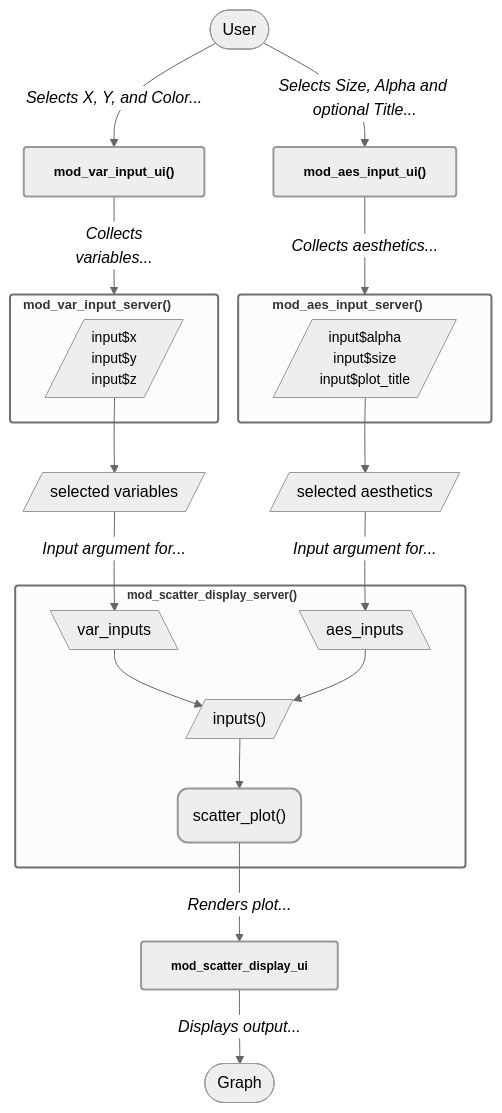
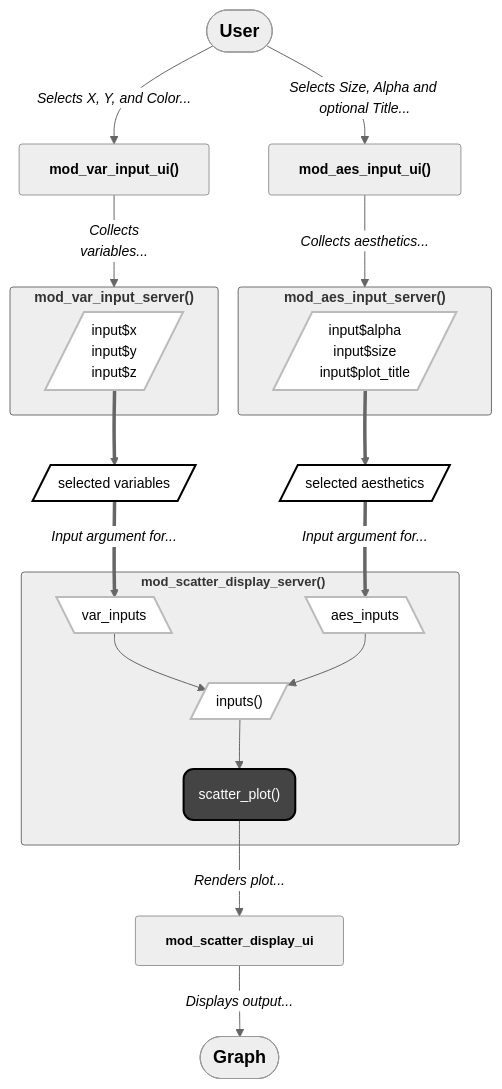
Before and after one commit to mjfrigaard/shiny-app-pkgs: the second of 2 diagrams in debug_apps.qmd, drawn with Mermaid. The commit also changed 70 other files, not shown here.

````diff
--- a/debug_apps.qmd
+++ b/debug_apps.qmd
@@ -418,50 +418,62 @@
 ```{mermaid}
 %%| fig-align: center
 %%| fig-cap: 'Variable and aesthetic input modules'
-%%{init: {'theme': 'neutral', 'themeVariables': { 'fontFamily': 'monospace', "fontSize":"16px"}}}%%
+%%{init: {'theme': 'neutral', 'themeVariables': { 'fontFamily': 'monospace', "fontSize":"14px"}}}%%
 flowchart TD
-    User(["User"])
+    User(["<strong>User</strong>"])
     mod_var_input_ui["<strong>mod_var_input_ui()</strong>"]
     mod_aes_input_ui["<strong>mod_aes_input_ui()</strong>"]
     mod_scatter_display_ui["<strong>mod_scatter_display_ui</strong>"] 
     
     subgraph mod_scatter_display_server["<strong>mod_scatter_display_server()</strong>"]
         var_inputs[\"var_inputs"\]
         aes_inputs[\"aes_inputs"\]
         inputs[/"inputs()"/]
         scatter_plot("scatter_plot()")
     end
     
     subgraph mod_var_input_server["<strong>mod_var_input_server()</strong>"]
         VarReactives[/"input$x<br>input$y<br>input$z"/]
     end
     subgraph mod_aes_input_server["<strong>mod_aes_input_server()</strong>"]
         AesReactives[/"input$alpha<br>input$size<br>input$plot_title"/]
     end
 
     selected_vars[/"selected variables"/]
     selected_aes[/"selected aesthetics"/]
     
     User --> |"<em>Selects X, Y, and Color...</em>"|mod_var_input_ui
     User --> |"<em>Selects Size, Alpha and optional Title...</em>"|mod_aes_input_ui
     mod_var_input_ui --> |"<em>Collects<br>variables...</em>"|mod_var_input_server
     mod_aes_input_ui --> |"<em>Collects aesthetics...</em>"|mod_aes_input_server
-    VarReactives --> selected_vars
-    AesReactives --> selected_aes
-    selected_vars -->|"<em>Input argument for...</em>"|var_inputs
-    selected_aes -->|"<em>Input argument for...</em>"|aes_inputs
+    VarReactives ==> selected_vars
+    AesReactives ==> selected_aes
+    selected_vars ==>|"<em>Input argument for...</em>"|var_inputs
+    selected_aes ==>|"<em>Input argument for...</em>"|aes_inputs
     var_inputs & aes_inputs --> inputs --> scatter_plot
     scatter_plot -->|"<em>Renders plot...</em>"|mod_scatter_display_ui
-    mod_scatter_display_ui -->|"<em>Displays output...</em>"|Display(["Graph"])
+    mod_scatter_display_ui -->|"<em>Displays output...</em>"|Display(["<strong>Graph</strong>"])
     
-    style mod_scatter_display_ui font-size:12px,stroke-width:2px,rx:3,ry:3
-    style mod_scatter_display_server font-size:12px,stroke-width:2px,rx:3,ry:3
-    style mod_var_input_server font-size:13px,stroke-width:2px,rx:3,ry:3
-    style mod_var_input_ui font-size:13px,stroke-width:2px,rx:3,ry:3
-    style mod_aes_input_server font-size:13px,stroke-width:2px,rx:3,ry:3
-    style mod_aes_input_ui font-size:13px,stroke-width:2px,rx:3,ry:3
-    style scatter_plot stroke-width:2px,rx:10,ry:10
+    style User font-size:18px
+    style Display font-size:18px
+
+    style mod_scatter_display_ui fill:#eee,font-size:13px,stroke-width:1px,rx:3,ry:3
+    style mod_scatter_display_server fill:#eee,font-size:13px,stroke-width:1px,rx:3,ry:3
+    style mod_var_input_server fill:#eee,font-size:14px,stroke-width:1px,rx:3,ry:3
+    style mod_var_input_ui fill:#eee,font-size:14px,stroke-width:1px,rx:3,ry:3
+    style mod_aes_input_server fill:#eee,font-size:14px,stroke-width:1px,rx:3,ry:3
+    style mod_aes_input_ui fill:#eee,font-size:14px,stroke-width:1px,rx:3,ry:3
+    
+    style AesReactives fill:#fff,stroke:#bbb,stroke-width:2px
+    style VarReactives fill:#fff,stroke:#bbb,stroke-width:2px
+    style selected_vars fill:#fff,stroke:#000,stroke-width:2px
+    style selected_aes fill:#fff,stroke:#000,stroke-width:2px
+    style var_inputs fill:#fff,stroke:#bbb,stroke-width:2px
+    style aes_inputs fill:#fff,stroke:#bbb,stroke-width:2px
+    style inputs fill:#fff,stroke:#bbb,stroke-width:2px
+
+    style scatter_plot fill:#444,color:#FFF,stroke:#000,stroke-width:2px,rx:10,ry:10
+    
     style VarReactives font-size: 14px
     style AesReactives font-size: 14px
-    
 ```
````
